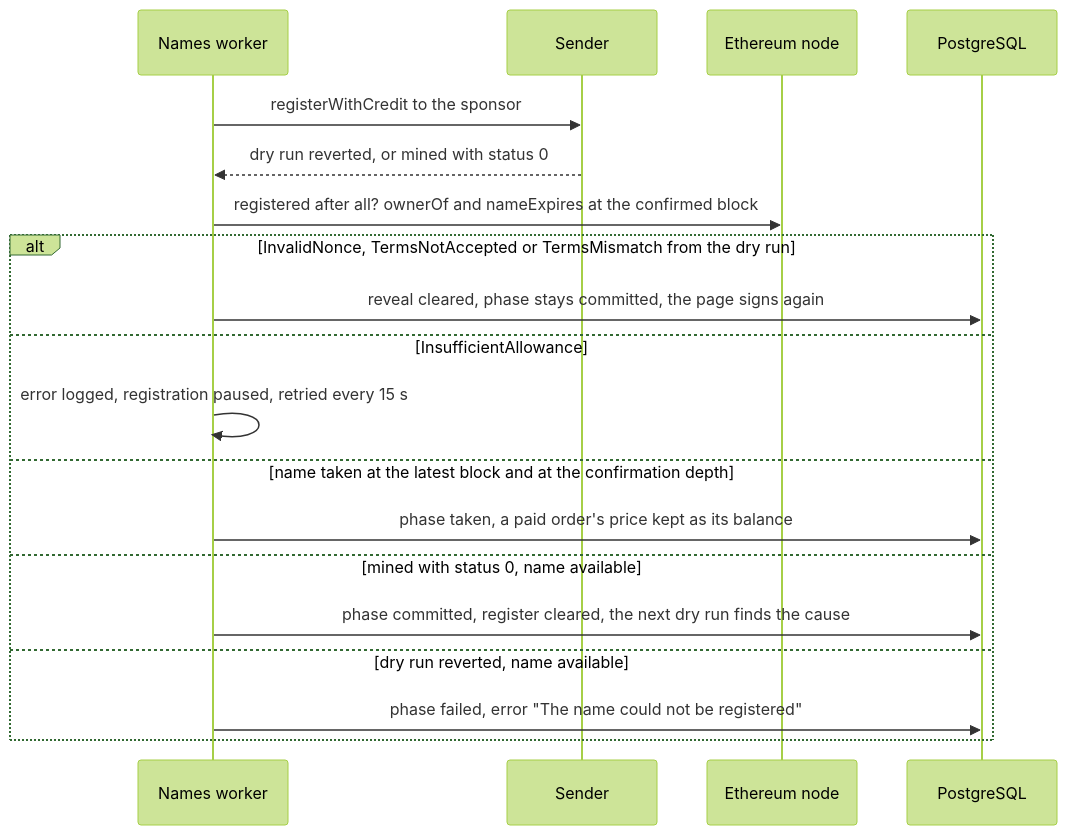
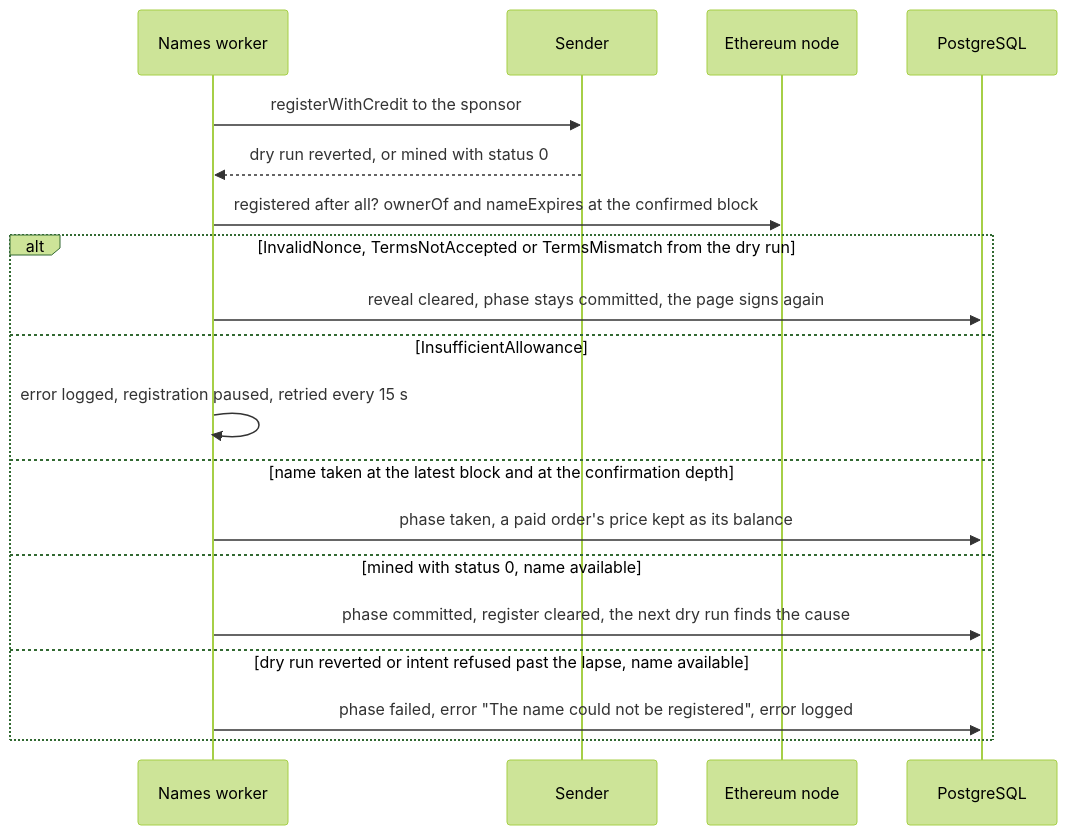
The sixth of 13 diagrams in apps/simplex-store-service/docs/names.md (simplex-chat/simplex-chat), drawn with Mermaid (forest theme) before and after one commit. The commit also changed other lines of this file and 3 other files, not shown here.

````diff
--- a/apps/simplex-store-service/docs/names.md
+++ b/apps/simplex-store-service/docs/names.md
@@ -338,21 +338,21 @@
 ```mermaid
 sequenceDiagram
   participant K as Names worker
   participant S as Sender
   participant E as Ethereum node
   participant D as PostgreSQL
   K->>S: registerWithCredit to the sponsor
   S-->>K: dry run reverted, or mined with status 0
   K->>E: registered after all? ownerOf and nameExpires at the confirmed block
   alt InvalidNonce, TermsNotAccepted or TermsMismatch from the dry run
     K->>D: reveal cleared, phase stays committed, the page signs again
   else InsufficientAllowance
     K->>K: error logged, registration paused, retried every 15 s
   else name taken at the latest block and at the confirmation depth
     K->>D: phase taken, a paid order's price kept as its balance
   else mined with status 0, name available
     K->>D: phase committed, register cleared, the next dry run finds the cause
-  else dry run reverted, name available
-    K->>D: phase failed, error "The name could not be registered"
+  else dry run reverted or intent refused past the lapse, name available
+    K->>D: phase failed, error "The name could not be registered", error logged
   end
 ```
````
